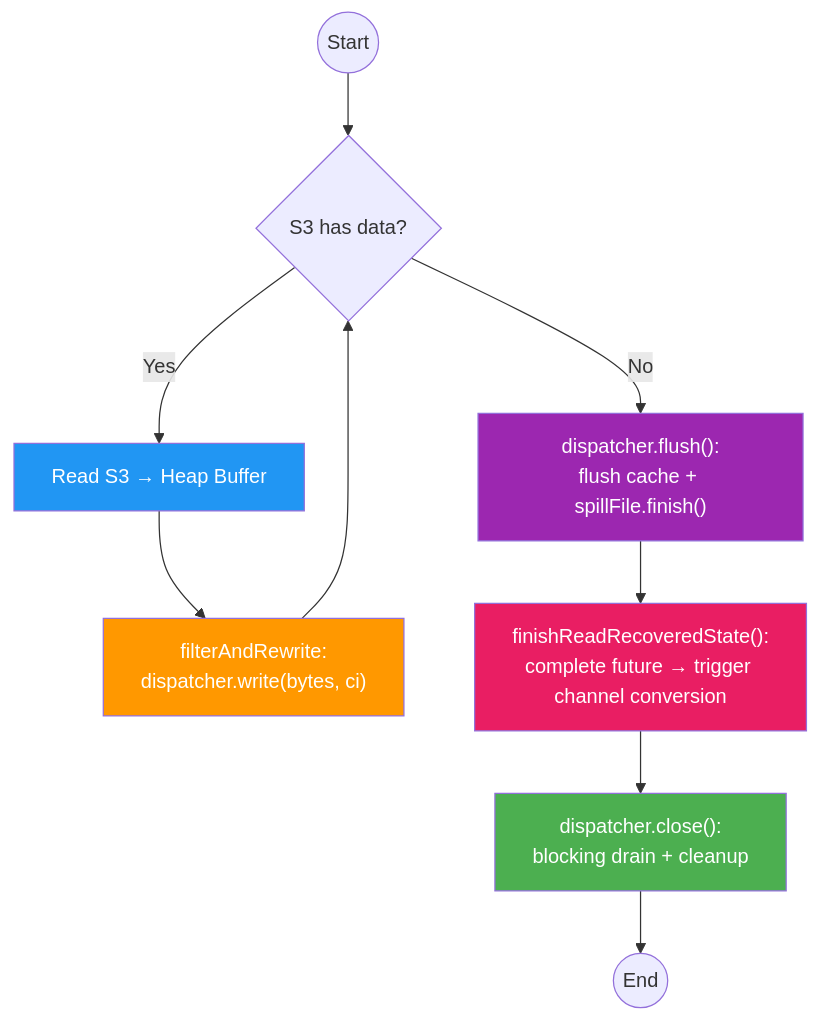
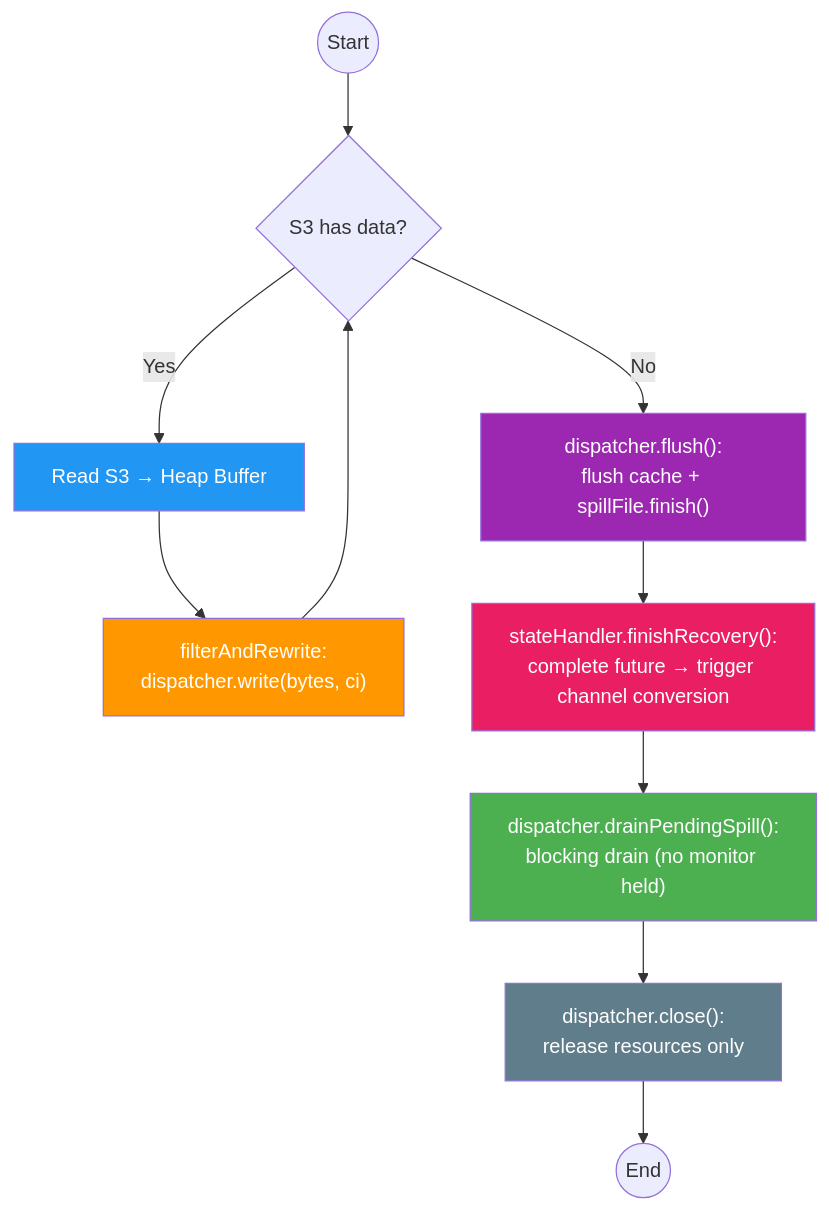
One commit to 1996fanrui/flink changed the third of 7 diagrams in requirements/38544/data_flow.md. Above: the diagram before and after it, drawn with Mermaid. The commit also changed other lines of this file and 12 other files, not shown here.

````diff
--- a/requirements/38544/data_flow.md
+++ b/requirements/38544/data_flow.md
@@ -70,19 +70,21 @@
 ```mermaid
 flowchart TD
     Start(("Start")) --> S3Check{"S3 has data?"}
 
     S3Check -- Yes --> Read["Read S3 → Heap Buffer"]
     Read --> Filter["filterAndRewrite:<br/>dispatcher.write(bytes, ci)"]
     Filter --> S3Check
 
     S3Check -- No --> Flush["dispatcher.flush():<br/>flush cache + spillFile.finish()"]
-    Flush --> Finish["finishReadRecoveredState():<br/>complete future → trigger channel conversion"]
-    Finish --> Drain["dispatcher.close():<br/>blocking drain + cleanup"]
-    Drain --> End(("End"))
+    Flush --> Finish["stateHandler.finishRecovery():<br/>complete future → trigger channel conversion"]
+    Finish --> Drain["dispatcher.drainPendingSpill():<br/>blocking drain (no monitor held)"]
+    Drain --> Close["dispatcher.close():<br/>release resources only"]
+    Close --> End(("End"))
 
     style Read fill:#2196F3,color:#fff
     style Filter fill:#FF9800,color:#fff
     style Flush fill:#9C27B0,color:#fff
     style Finish fill:#E91E63,color:#fff
     style Drain fill:#4CAF50,color:#fff
+    style Close fill:#607D8B,color:#fff
 ```
````
